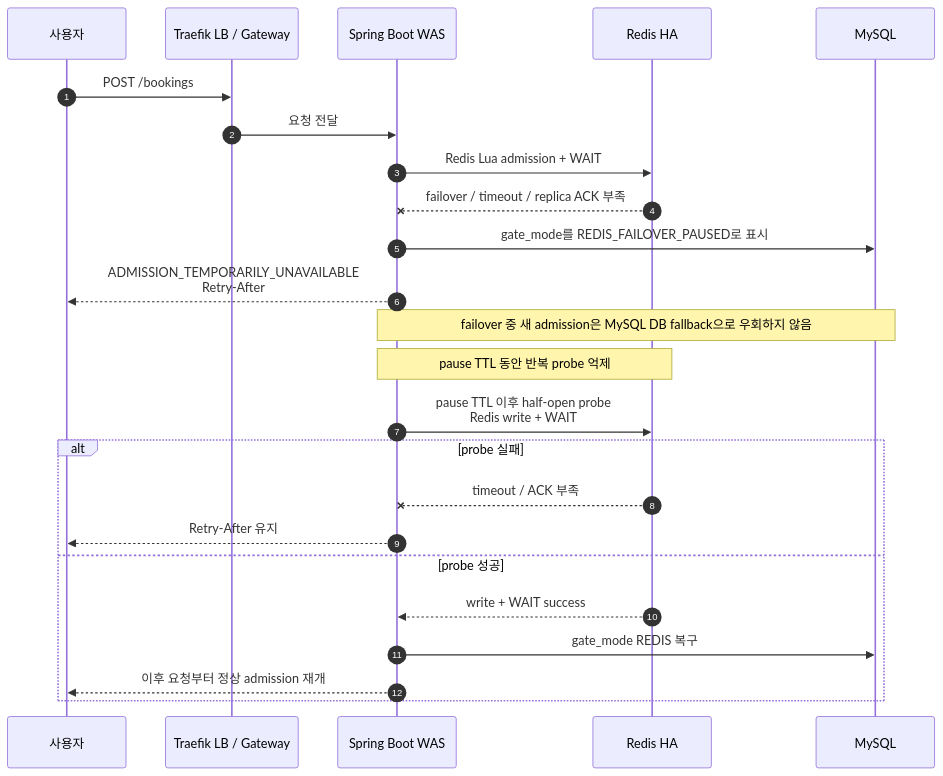
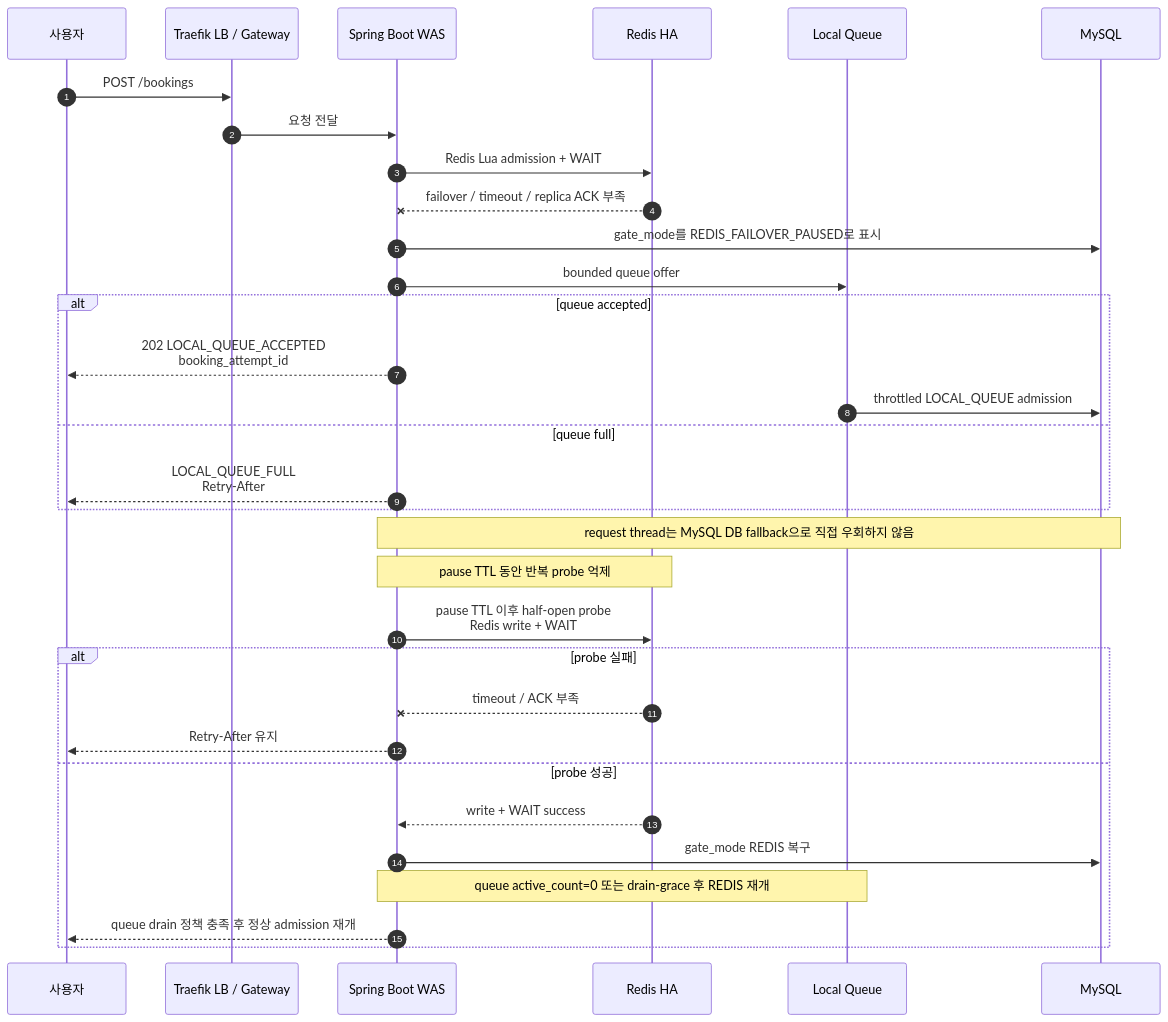
One commit to lsh1215/peak-booking-system changed the fourth of 6 diagrams in docs/system-design/booking-user-flow-mermaid.md. Above: the diagram before and after it, drawn with Mermaid. The commit also changed other lines of this file and 44 other files, not shown here.

First line of the commit message:
feat: add local queue fallback for Redis outages

````diff
--- a/docs/system-design/booking-user-flow-mermaid.md
+++ b/docs/system-design/booking-user-flow-mermaid.md
@@ -139,31 +140,39 @@
 ```mermaid
 sequenceDiagram
     autonumber
     participant U as 사용자
     participant T as Traefik LB / Gateway
     participant A as Spring Boot WAS
     participant R as Redis HA
+    participant Q as Local Queue
     participant D as MySQL
 
     U->>T: POST /bookings
     T->>A: 요청 전달
 
     A->>R: Redis Lua admission + WAIT
     R--x A: failover / timeout / replica ACK 부족
 
     A->>D: gate_mode를 REDIS_FAILOVER_PAUSED로 표시
-    A-->>U: ADMISSION_TEMPORARILY_UNAVAILABLE<br/>Retry-After
+    A->>Q: bounded queue offer
+    alt queue accepted
+        A-->>U: 202 LOCAL_QUEUE_ACCEPTED<br/>booking_attempt_id
+        Q->>D: throttled LOCAL_QUEUE admission
+    else queue full
+        A-->>U: LOCAL_QUEUE_FULL<br/>Retry-After
+    end
 
-    Note over A,D: failover 중 새 admission은 MySQL DB fallback으로 우회하지 않음
+    Note over A,D: request thread는 MySQL DB fallback으로 직접 우회하지 않음
     Note over A,R: pause TTL 동안 반복 probe 억제
 
     A->>R: pause TTL 이후 half-open probe<br/>Redis write + WAIT
     alt probe 실패
         R--x A: timeout / ACK 부족
         A-->>U: Retry-After 유지
     else probe 성공
         R-->>A: write + WAIT success
         A->>D: gate_mode REDIS 복구
-        A-->>U: 이후 요청부터 정상 admission 재개
+        Note over A,Q: queue active_count=0 또는 drain-grace 후 REDIS 재개
+        A-->>U: queue drain 정책 충족 후 정상 admission 재개
     end
 ```
````
